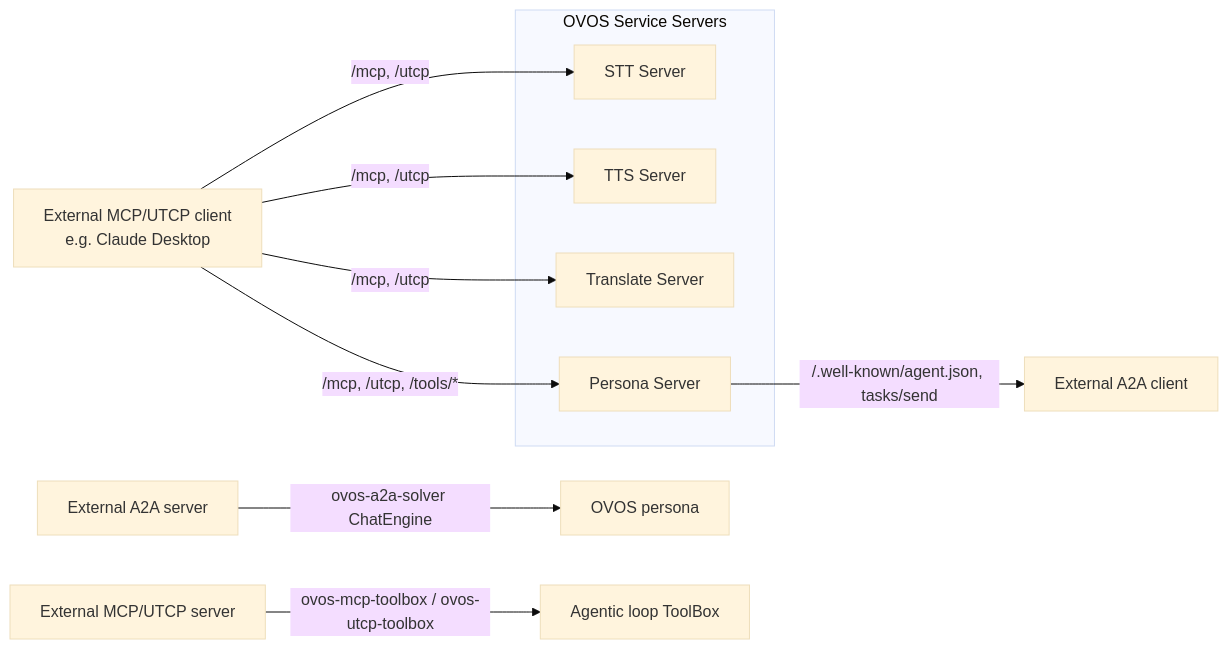
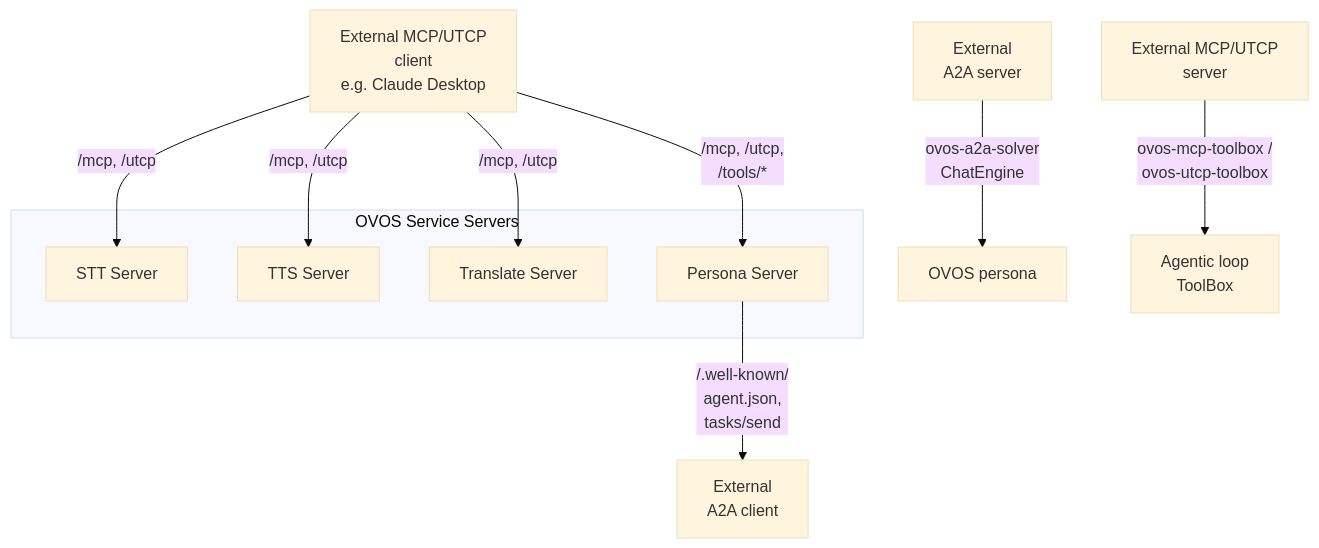
One commit to OpenVoiceOS/beta-technical-manual changed the diagram in docs/agent-interop.md. Above: the diagram before and after it, drawn with Mermaid (base theme). The commit also changed 19 other files, not shown here.

First line of the commit message:
docs: fit diagrams to the content column; arena live URL

````diff
--- a/docs/agent-interop.md
+++ b/docs/agent-interop.md
@@ -8,16 +8,16 @@
 ```mermaid
-flowchart LR
+flowchart TD
     subgraph OVOS Service Servers
         STT[STT Server]
         TTS[TTS Server]
         TX[Translate Server]
         PS[Persona Server]
     end
-    Ext[External MCP/UTCP client<br/>e.g. Claude Desktop] -->|/mcp, /utcp| STT
+    Ext["External MCP/UTCP<br/>client<br/>e.g. Claude Desktop"] -->|/mcp, /utcp| STT
     Ext -->|/mcp, /utcp| TTS
     Ext -->|/mcp, /utcp| TX
-    Ext -->|/mcp, /utcp, /tools/*| PS
-    PS -->|/.well-known/agent.json, tasks/send| A2AClient[External A2A client]
-    ExtA2A[External A2A server] -->|ovos-a2a-solver ChatEngine| Persona[OVOS persona]
-    ExtMCP[External MCP/UTCP server] -->|ovos-mcp-toolbox / ovos-utcp-toolbox| Loop[Agentic loop ToolBox]
+    Ext -->|"/mcp, /utcp,<br/>/tools/*"| PS
+    PS -->|"/.well-known/<br/>agent.json,<br/>tasks/send"| A2AClient["External<br/>A2A client"]
+    ExtA2A["External<br/>A2A server"] -->|"ovos-a2a-solver<br/>ChatEngine"| Persona[OVOS persona]
+    ExtMCP["External MCP/UTCP<br/>server"] -->|"ovos-mcp-toolbox /<br/>ovos-utcp-toolbox"| Loop["Agentic loop<br/>ToolBox"]
 ```
````
